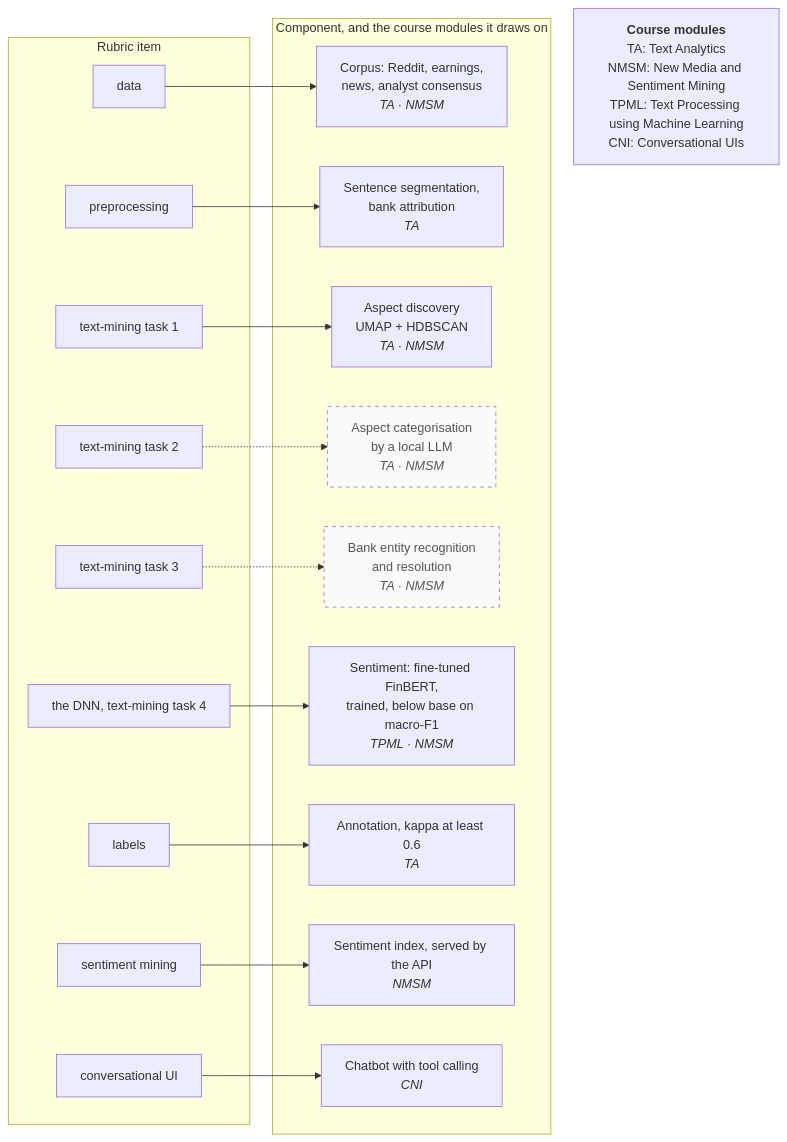
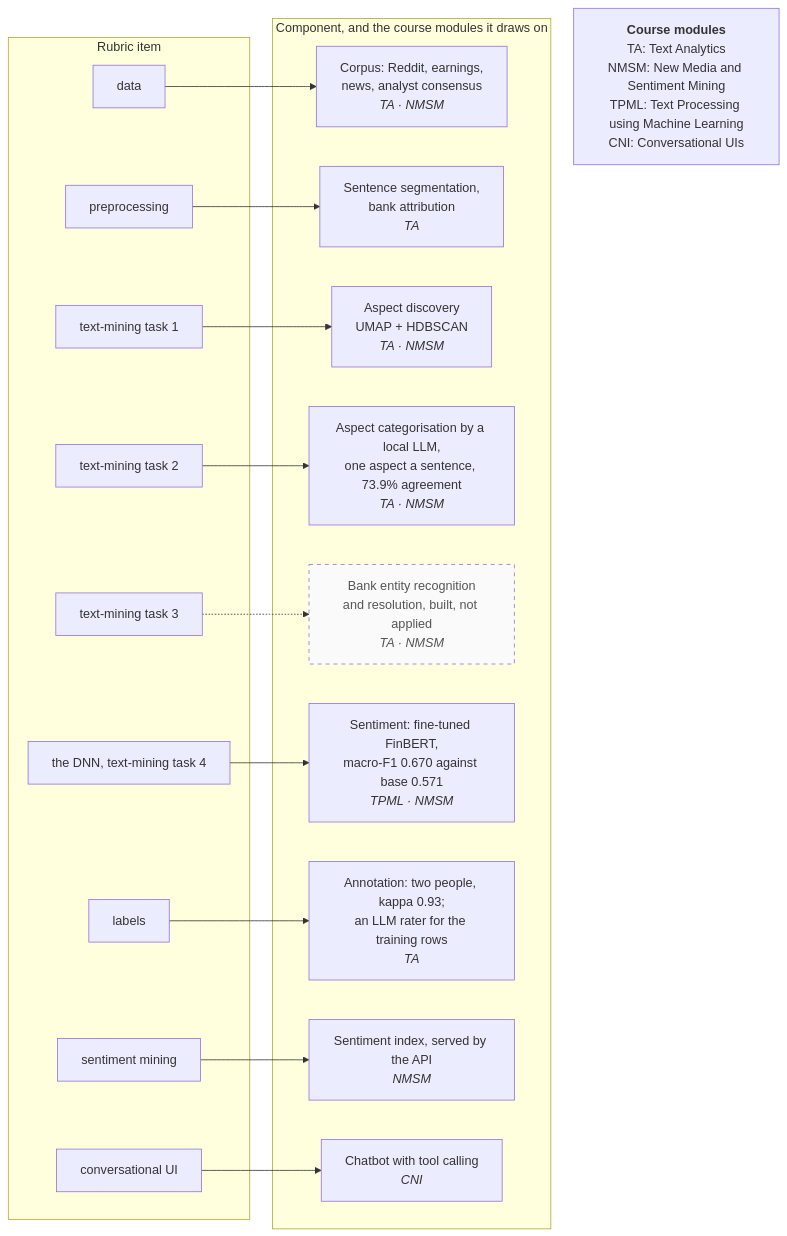
The diagram in docs/diagrams/src/17-rubric-map.mmd (Gavingyh/plp-project), drawn with Mermaid before and after one commit. The commit also changed 124 other files, not shown here.

```diff
--- a/docs/diagrams/src/17-rubric-map.mmd
+++ b/docs/diagrams/src/17-rubric-map.mmd
@@ -1,43 +1,43 @@
 flowchart LR
   accTitle: Rubric items, components and course modules
-  accDescr: Nine rubric items each map to one component. Components draw on Text Analytics, New Media and Sentiment Mining, Text Processing using Machine Learning, and Conversational UIs. Bank entity recognition and LLM aspect categorisation are planned; annotation is done and the fine-tuned sentiment model is trained.
+  accDescr: Nine rubric items each map to one component. Components draw on Text Analytics, New Media and Sentiment Mining, Text Processing using Machine Learning, and Conversational UIs. Bank entity recognition is built but not applied to the stored corpus; every other component is built and in use.
 
   subgraph R["Rubric item"]
     r1["data"]
     r2["preprocessing"]
     r3["text-mining task 1"]
     r4["text-mining task 2"]
     r5["text-mining task 3"]
     r6["the DNN, text-mining task 4"]
     r7["labels"]
     r8["sentiment mining"]
     r9["conversational UI"]
   end
 
   subgraph C["Component, and the course modules it draws on"]
     c1["Corpus: Reddit, earnings,<br/>news, analyst consensus<br/><i>TA · NMSM</i>"]
     c2["Sentence segmentation,<br/>bank attribution<br/><i>TA</i>"]
     c3["Aspect discovery<br/>UMAP + HDBSCAN<br/><i>TA · NMSM</i>"]
-    c4["Aspect categorisation<br/>by a local LLM<br/><i>TA · NMSM</i>"]
-    c5["Bank entity recognition<br/>and resolution<br/><i>TA · NMSM</i>"]
-    c6["Sentiment: fine-tuned FinBERT,<br/>trained, below base on macro-F1<br/><i>TPML · NMSM</i>"]
-    c7["Annotation, kappa at least 0.6<br/><i>TA</i>"]
+    c4["Aspect categorisation by a local LLM,<br/>one aspect a sentence, 73.9% agreement<br/><i>TA · NMSM</i>"]
+    c5["Bank entity recognition<br/>and resolution, built, not applied<br/><i>TA · NMSM</i>"]
+    c6["Sentiment: fine-tuned FinBERT,<br/>macro-F1 0.670 against base 0.571<br/><i>TPML · NMSM</i>"]
+    c7["Annotation: two people, kappa 0.93;<br/>an LLM rater for the training rows<br/><i>TA</i>"]
     c8["Sentiment index, served by the API<br/><i>NMSM</i>"]
     c9["Chatbot with tool calling<br/><i>CNI</i>"]
   end
 
   key["<b>Course modules</b><br/>TA: Text Analytics<br/>NMSM: New Media and Sentiment Mining<br/>TPML: Text Processing using Machine Learning<br/>CNI: Conversational UIs"]
 
   r1 --> c1
   r2 --> c2
   r3 --> c3
-  r4 -.-> c4
+  r4 --> c4
   r5 -.-> c5
   r6 --> c6
   r7 --> c7
   r8 --> c8
   r9 --> c9
   C ~~~ key
 
-  classDef planned stroke-dasharray: 5 5,color:#555,fill:#fafafa;
-  class c4,c5 planned;
+  classDef inactive stroke-dasharray: 5 5,color:#555,fill:#fafafa;
+  class c5 inactive;
```
